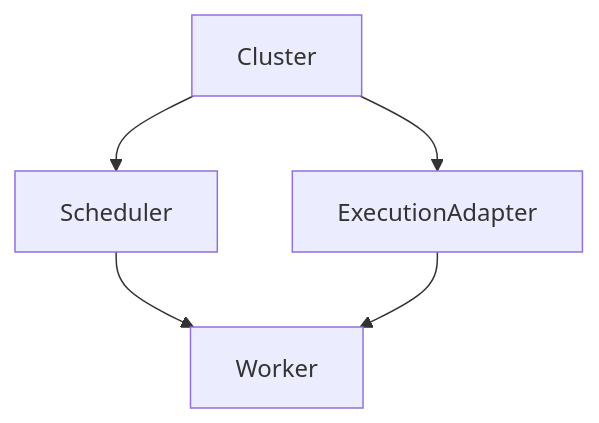
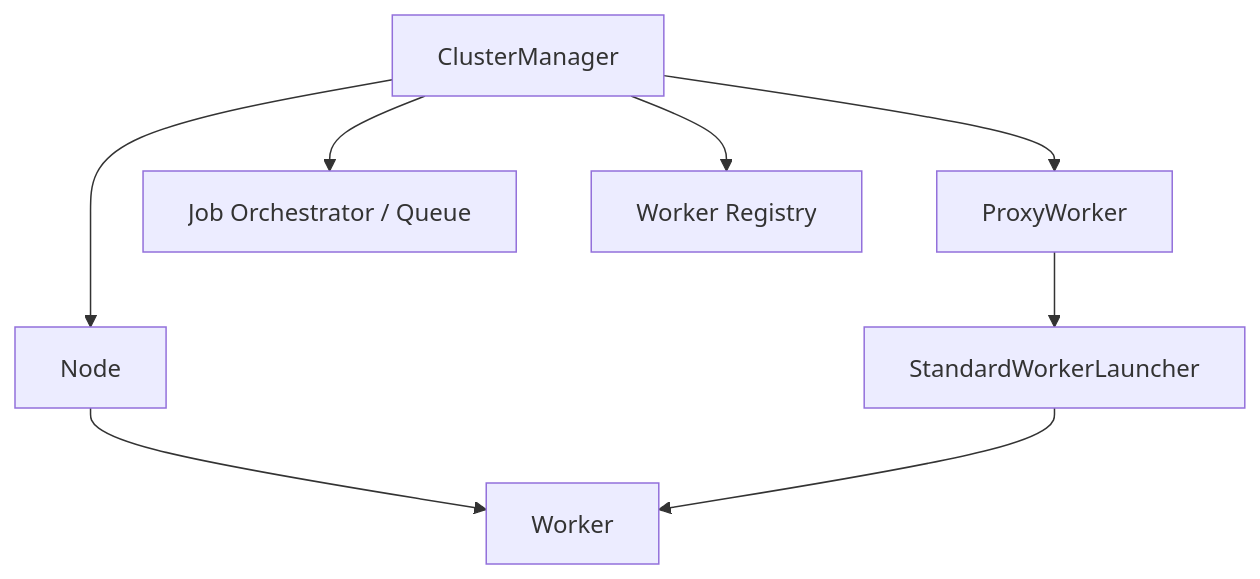
One commit to Mindtrace/mindtrace changed the fifth of 7 diagrams in docs/datalake-v3-proposal.md. Above: the diagram before and after it, drawn with Mermaid. The commit also changed other lines of this file, not shown here.

Commit message:
docs: align cluster section with current module

````diff
--- a/docs/datalake-v3-proposal.md
+++ b/docs/datalake-v3-proposal.md
@@ -1234,7 +1236,10 @@
 ```mermaid
 flowchart TD
-    C[Cluster] --> S[Scheduler]
-    S --> W[Worker]
-    C --> EA[ExecutionAdapter]
-    EA --> W
+    CM[ClusterManager] --> N[Node]
+    N --> W[Worker]
+    CM --> PW[ProxyWorker]
+    PW --> SWL[StandardWorkerLauncher]
+    SWL --> W
+    CM --> ORCH[Job Orchestrator / Queue]
+    CM --> WR[Worker Registry]
 ```
````
